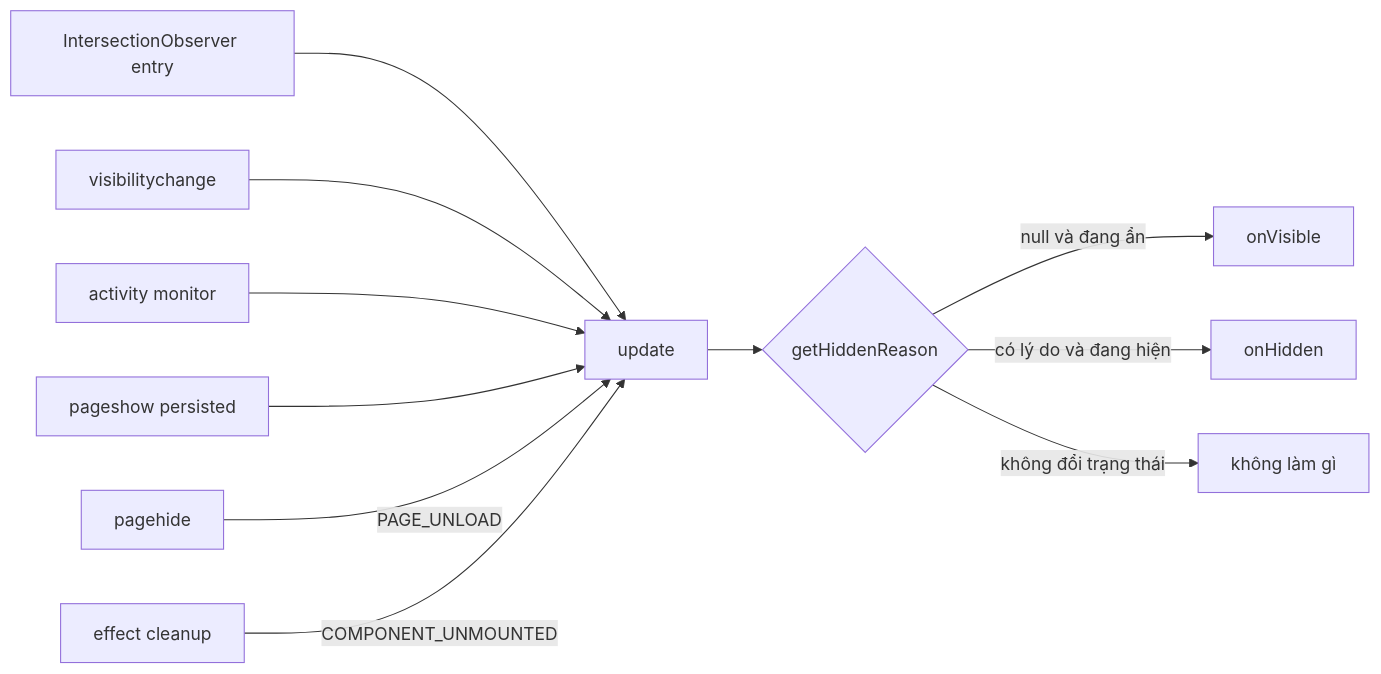
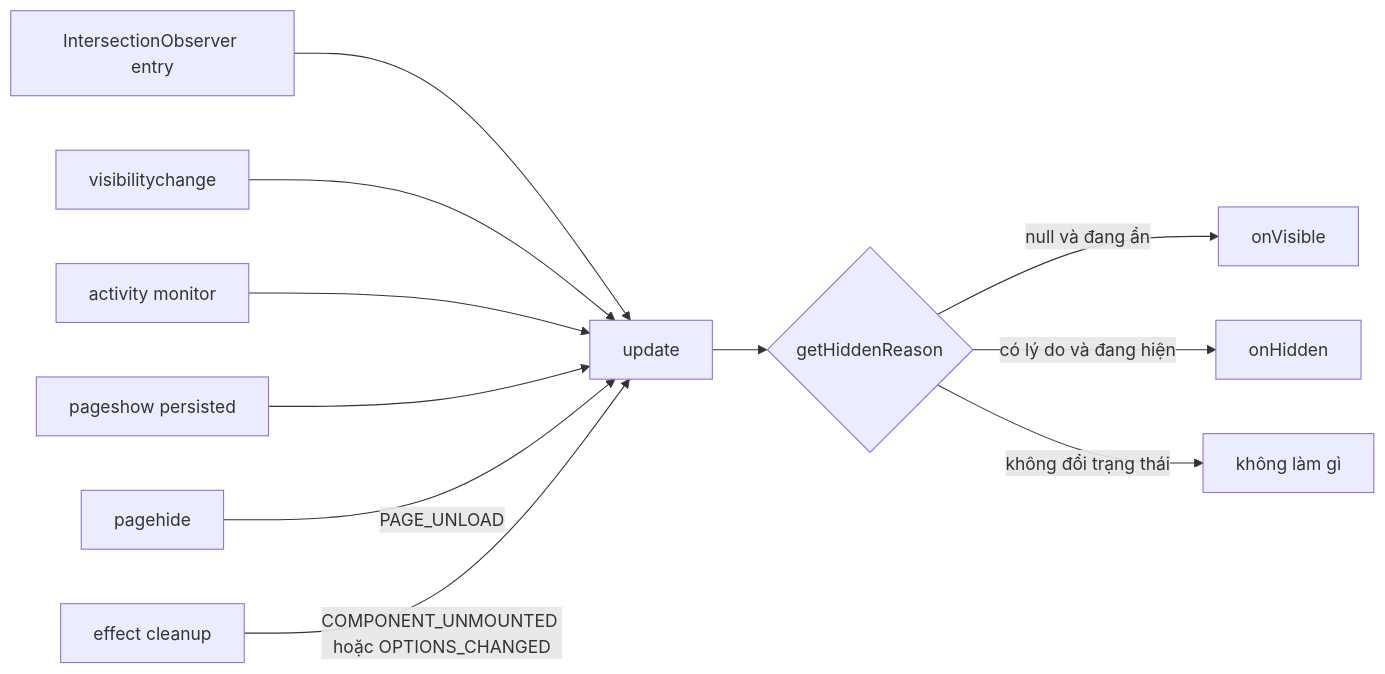
Before and after one commit to hunghg255/blog-hunghg: the second of 2 diagrams in posts/blogs/facebook-use-viewport-duration.md, drawn with Mermaid. The commit also changed other lines of this file and 36 other files, not shown here.

````diff
--- a/posts/blogs/facebook-use-viewport-duration.md
+++ b/posts/blogs/facebook-use-viewport-duration.md
@@ -305,13 +411,13 @@
 ```mermaid
 flowchart LR
   IO[IntersectionObserver entry] --> U[update]
   VC[visibilitychange] --> U
   AM[activity monitor] --> U
   PS[pageshow persisted] --> U
   PH[pagehide] -- PAGE_UNLOAD --> U
-  UM[effect cleanup] -- COMPONENT_UNMOUNTED --> U
+  UM[effect cleanup] -- "COMPONENT_UNMOUNTED hoặc OPTIONS_CHANGED" --> U
   U --> R{getHiddenReason}
   R -- null và đang ẩn --> V[onVisible]
   R -- có lý do và đang hiện --> H[onHidden]
   R -- không đổi trạng thái --> N[không làm gì]
 ```
````
